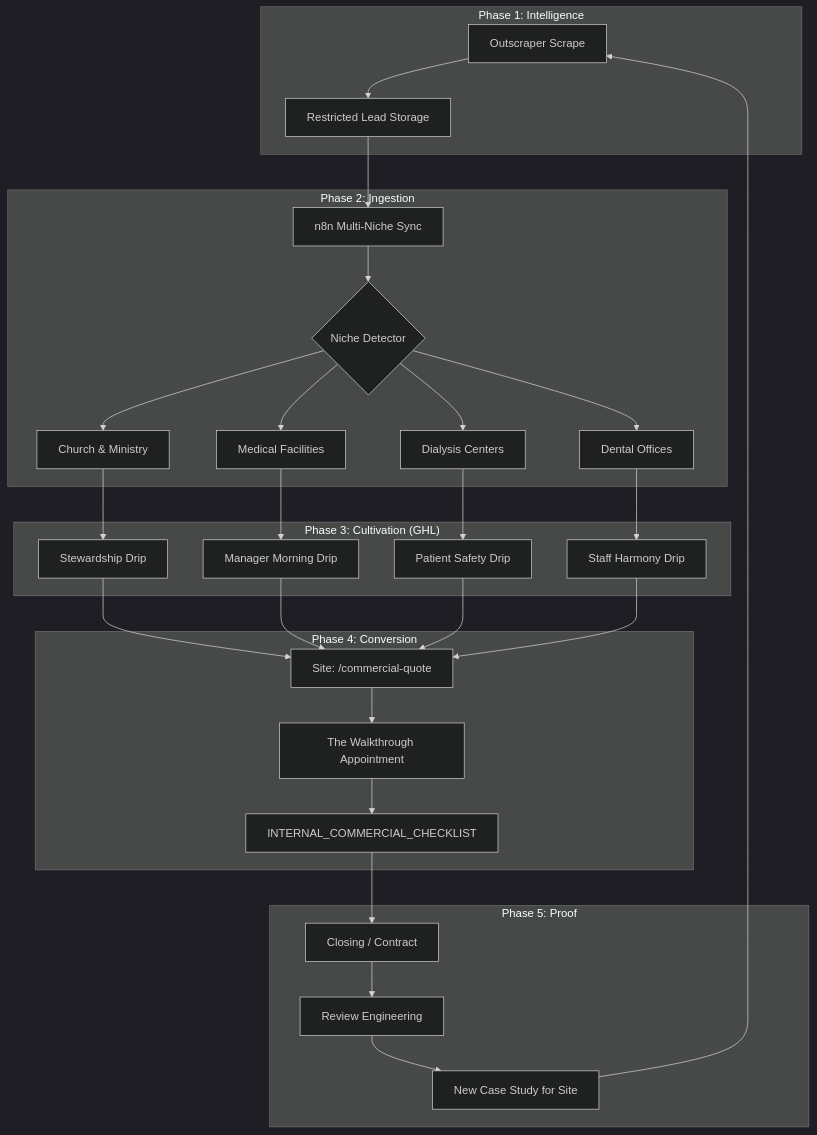
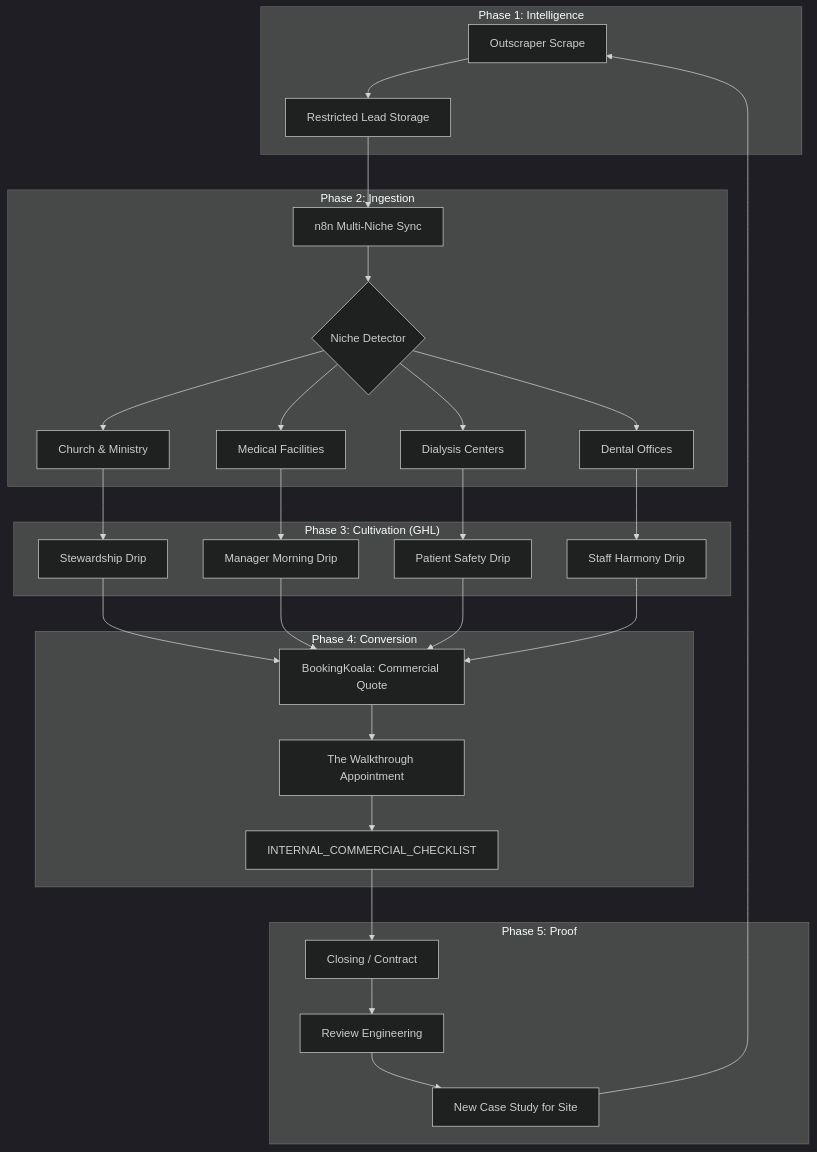
Before and after one commit to rtfreder1976-yhwh/tvct-website: the diagram in docs/GROWTH_ENGINE_SYSTEM_MAP.md, drawn with Mermaid (dark theme). The commit also changed other lines of this file and 15 other files, not shown here.

Commit message:
Route quote and careers traffic to BookingKoala

````diff
--- a/docs/GROWTH_ENGINE_SYSTEM_MAP.md
+++ b/docs/GROWTH_ENGINE_SYSTEM_MAP.md
@@ -9,35 +9,35 @@
 ```mermaid
 graph TD
     subgraph "Phase 1: Intelligence"
     A[Outscraper Scrape] --> B[Restricted Lead Storage]
     end
 
     subgraph "Phase 2: Ingestion"
     B --> C[n8n Multi-Niche Sync]
     C --> D{Niche Detector}
     D --> E1[Church & Ministry]
     D --> E2[Medical Facilities]
     D --> E3[Dialysis Centers]
     D --> E4[Dental Offices]
     end
 
     subgraph "Phase 3: Cultivation (GHL)"
     E1 --> F1[Stewardship Drip]
     E2 --> F2[Manager Morning Drip]
     E3 --> F3[Patient Safety Drip]
     E4 --> F4[Staff Harmony Drip]
     end
 
     subgraph "Phase 4: Conversion"
-    F1 & F2 & F3 & F4 --> G[Site: /commercial-quote]
+    F1 & F2 & F3 & F4 --> G[BookingKoala: Commercial Quote]
     G --> H[The Walkthrough Appointment]
     H --> I[INTERNAL_COMMERCIAL_CHECKLIST]
     end
 
     subgraph "Phase 5: Proof"
     I --> J[Closing / Contract]
     J --> K[Review Engineering]
     K --> L[New Case Study for Site]
     L --> A
     end
 ```
````
